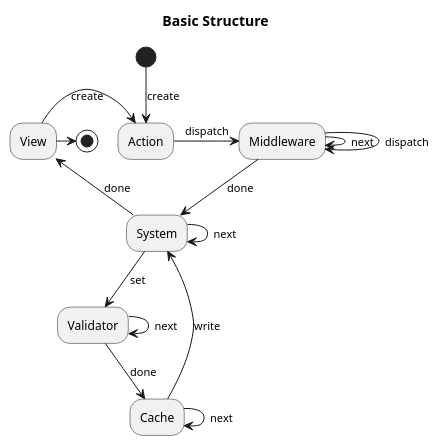
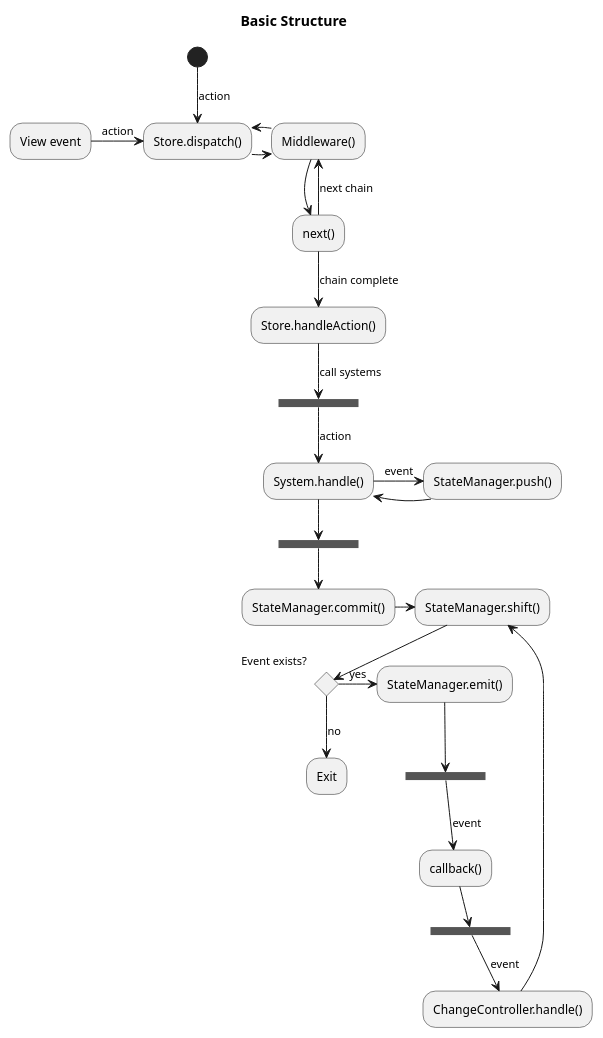
The diagram in doc/structure.puml (yoo2001818/ecsalator), drawn with PlantUML before and after one commit. The commit also changed 2 other files, not shown here.

Commit message:
Update structure graph

```diff
--- a/doc/structure.puml
+++ b/doc/structure.puml
@@ -1,25 +1,33 @@
 @startuml
 
 title Basic Structure
 
-(*) --> [create] Action
+(*) --> [action] "Store.dispatch()"
 
-View -> [create] Action
--> [dispatch] Middleware
--> [next] Middleware
---> [dispatch] Middleware
+"View event" -> [action] "Store.dispatch()"
+-> "Middleware()"
+--> [  ] "next()"
+--> [next chain] "Middleware()"
+-> "Store.dispatch()"
 
-Middleware --> [done] System
-System -> [next] System
-System --> [set] Validator
+"next()" --> [chain complete] "Store.handleAction()"
+--> [call systems] ==RUNSYSTEMS==
+--> [action] "System.handle()"
+-> [event] "StateManager.push()"
+-> [ ] "System.handle()"
+--> ==COMMITSYSTEMS==
+--> "StateManager.commit()"
+-> "StateManager.shift()"
 
-Validator -> [next] Validator
---> [done] Cache
--> [next] Cache
---> [write] System
-
-System --> [done] View
-View -> (*)
-
+if "Event exists?" then
+  -> [yes] "StateManager.emit()"
+  --> ==EMITEVENT==
+  --> [event] "callback()"
+  --> ==CHANGEEVENT==
+  --> [event] "ChangeController.handle()"
+  --> "StateManager.shift()"
+else
+  --> [no] "Exit"
+endif
 
 @enduml
```
